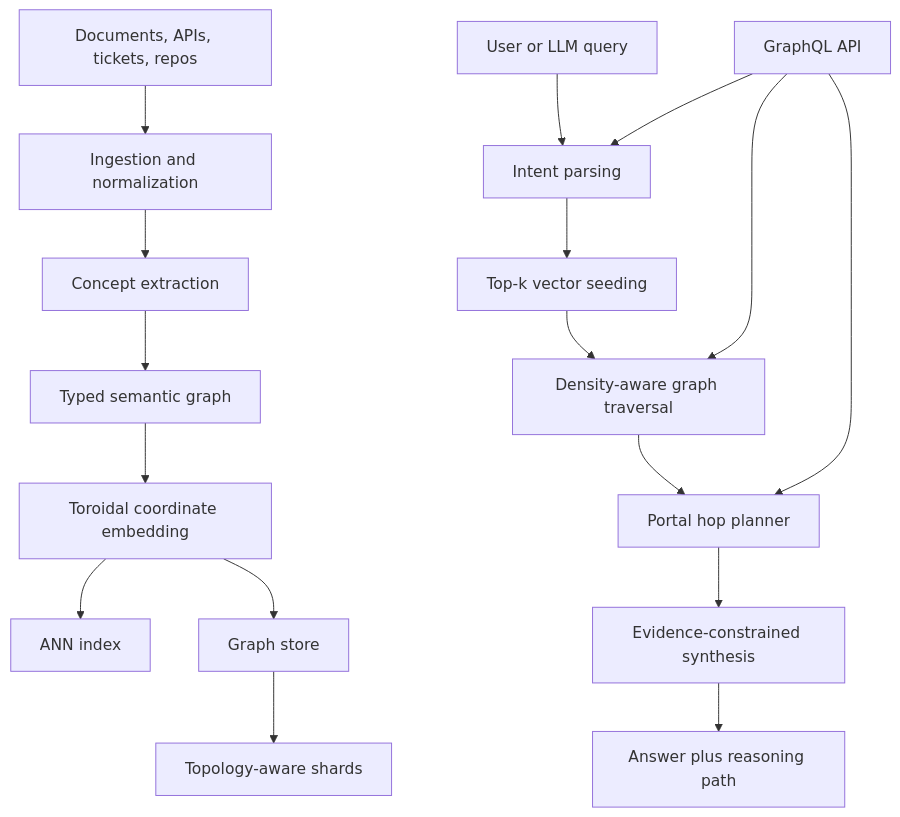
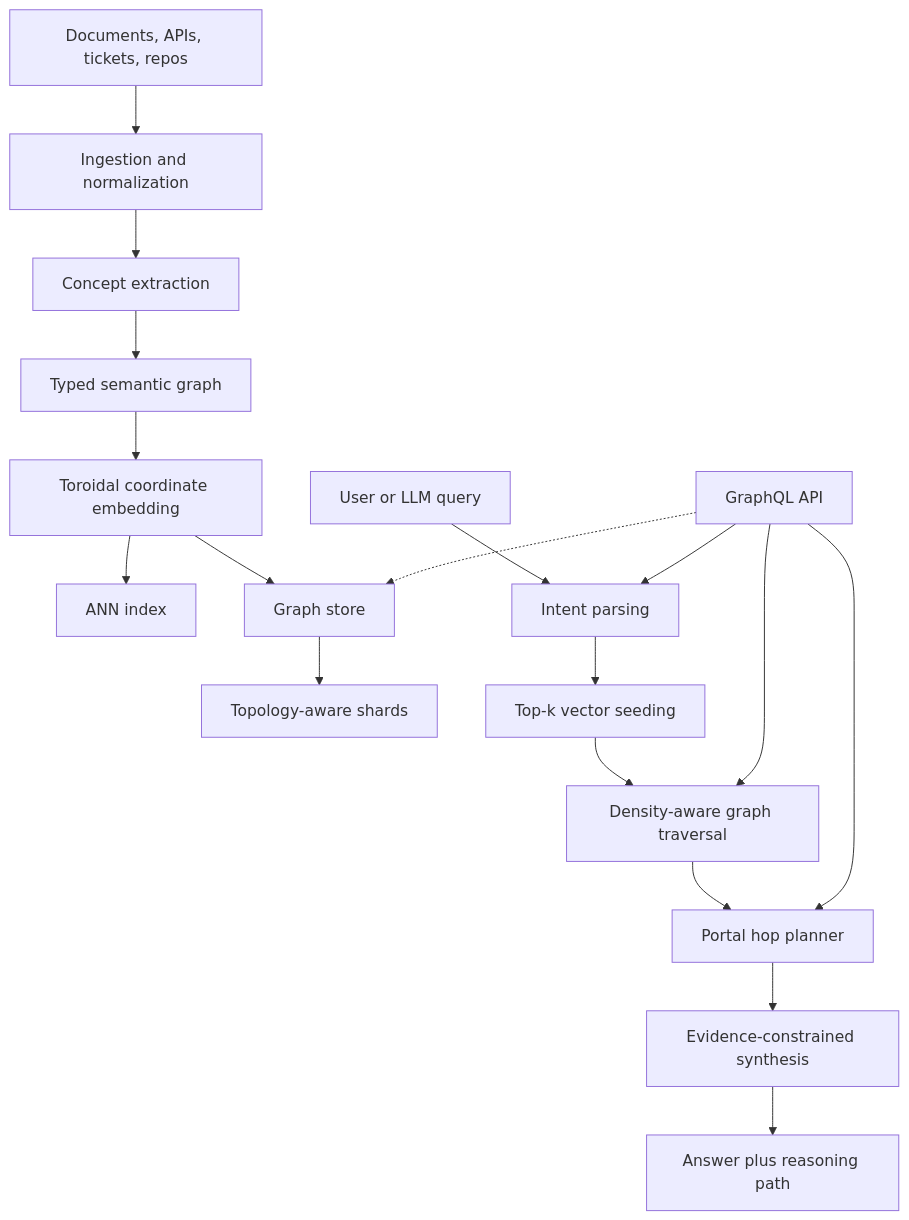
Before and after one commit to darshgarg7/Tortus: the diagram in README.md, drawn with Mermaid. The commit also changed other lines of this file and 39 other files, not shown here.

````diff
--- a/README.md
+++ b/README.md
@@ -85,21 +138,22 @@
 ```mermaid
 flowchart TD
     A[Documents, APIs, tickets, repos] --> B[Ingestion and normalization]
     B --> C[Concept extraction]
     C --> D[Typed semantic graph]
     D --> E[Toroidal coordinate embedding]
     E --> F[ANN index]
     E --> G[Graph store]
     G --> H[Topology-aware shards]
 
     I[User or LLM query] --> J[Intent parsing]
     J --> K[Top-k vector seeding]
     K --> L[Density-aware graph traversal]
     L --> M[Portal hop planner]
     M --> N[Evidence-constrained synthesis]
     N --> O[Answer plus reasoning path]
 
     P[GraphQL API] --> J
     P --> L
     P --> M
+    P -.-> G
 ```
````
